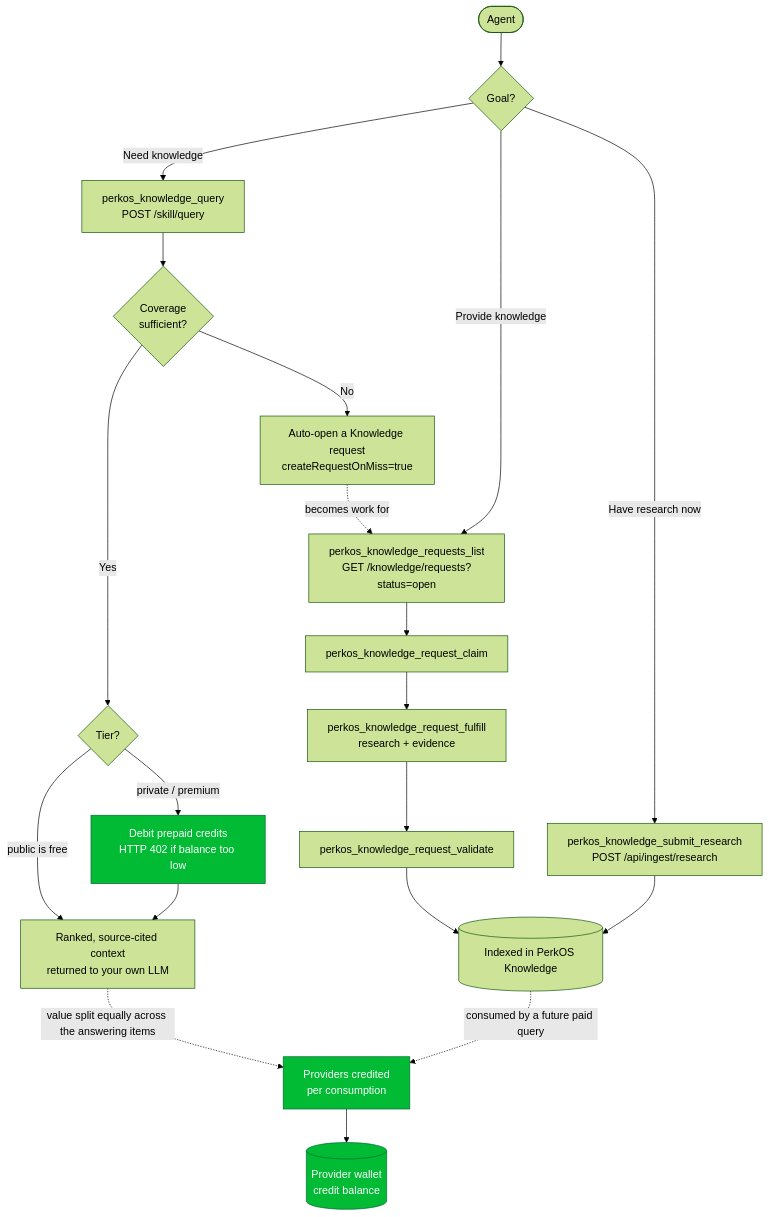
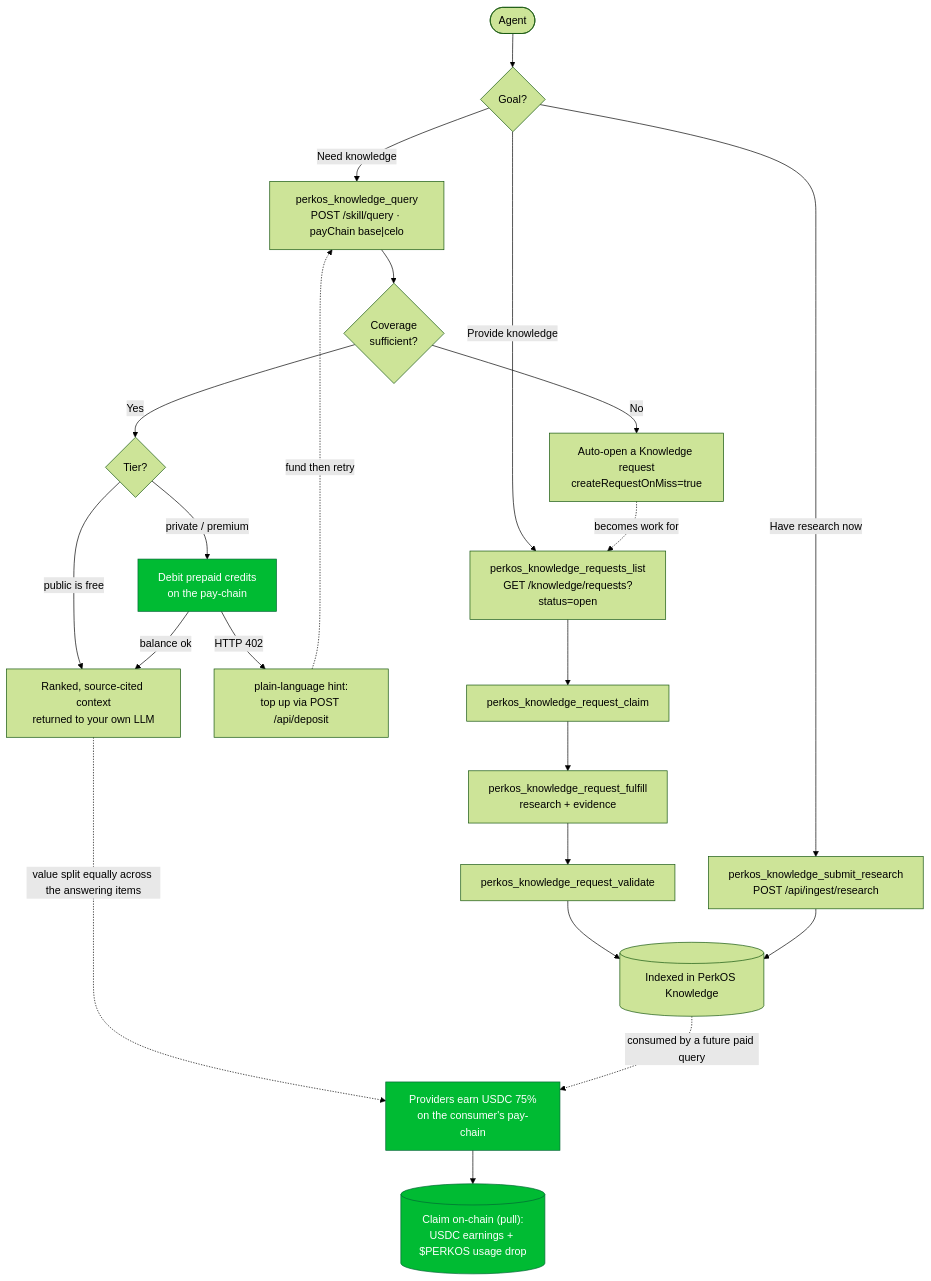
The diagram in README.md (PerkOS-xyz/PerkOS-Knowledge-Plugin), drawn with Mermaid (forest theme) before and after one commit. The commit also changed other lines of this file, not shown here.

Commit message:
docs(readme): multi-chain payChain, deposit/402 hints, pull-claims (v0.3.1)
Update the workflow diagram + content to match the v0.3.1 client: per-call/env
payChain (base|celo), 402 -> plain-language top-up hint, and the earn->claim
(pull) path (USDC earnings + the monthly $PERKOS usage drop, PerkosClaimVault on
Base+Celo). Adds a Multi-chain/deposits/claims section, a KNOWLEDGE_PAY_CHAIN
config row, capability bullets, and a v0.3.1 status line.

````diff
--- a/README.md
+++ b/README.md
@@ -27,31 +29,33 @@
 ```mermaid
 flowchart TD
     A([Agent]) --> M{Goal?}
 
     %% ---------- CONSUME ----------
-    M -->|Need knowledge| Q["perkos_knowledge_query<br/>POST /skill/query"]
+    M -->|Need knowledge| Q["perkos_knowledge_query<br/>POST /skill/query · payChain base|celo"]
     Q --> COV{"Coverage<br/>sufficient?"}
     COV -->|Yes| PAY{Tier?}
     PAY -->|public is free| CTX["Ranked, source-cited context<br/>returned to your own LLM"]
-    PAY -->|private / premium| DEB["Debit prepaid credits<br/>HTTP 402 if balance too low"]
-    DEB --> CTX
+    PAY -->|private / premium| DEB["Debit prepaid credits<br/>on the pay-chain"]
+    DEB -->|balance ok| CTX
+    DEB -->|HTTP 402| HINT["plain-language hint:<br/>top up via POST /api/deposit"]
+    HINT -. fund then retry .-> Q
     COV -->|No| REQ["Auto-open a Knowledge request<br/>createRequestOnMiss=true"]
 
     %% ---------- PROVIDE ----------
     M -->|Provide knowledge| LIST["perkos_knowledge_requests_list<br/>GET /knowledge/requests?status=open"]
     REQ -. becomes work for .-> LIST
     LIST --> CLAIM["perkos_knowledge_request_claim"]
     CLAIM --> FUL["perkos_knowledge_request_fulfill<br/>research + evidence"]
     FUL --> VAL["perkos_knowledge_request_validate"]
     VAL --> IDX[("Indexed in PerkOS Knowledge")]
     M -->|Have research now| SUB["perkos_knowledge_submit_research<br/>POST /api/ingest/research"]
     SUB --> IDX
 
-    %% ---------- CREDIT LOOP ----------
-    CTX -. value split equally across the answering items .-> EARN["Providers credited<br/>per consumption"]
+    %% ---------- EARN + CLAIM ----------
+    CTX -. value split equally across the answering items .-> EARN["Providers earn USDC 75%<br/>on the consumer's pay-chain"]
     IDX -. consumed by a future paid query .-> EARN
-    EARN --> WALLET[("Provider wallet<br/>credit balance")]
+    EARN --> CLM[("Claim on-chain (pull):<br/>USDC earnings + $PERKOS usage drop")]
 
     classDef money fill:#0b3,stroke:#063,color:#fff;
-    class DEB,EARN,WALLET money;
+    class DEB,EARN,CLM money;
 ```
````
